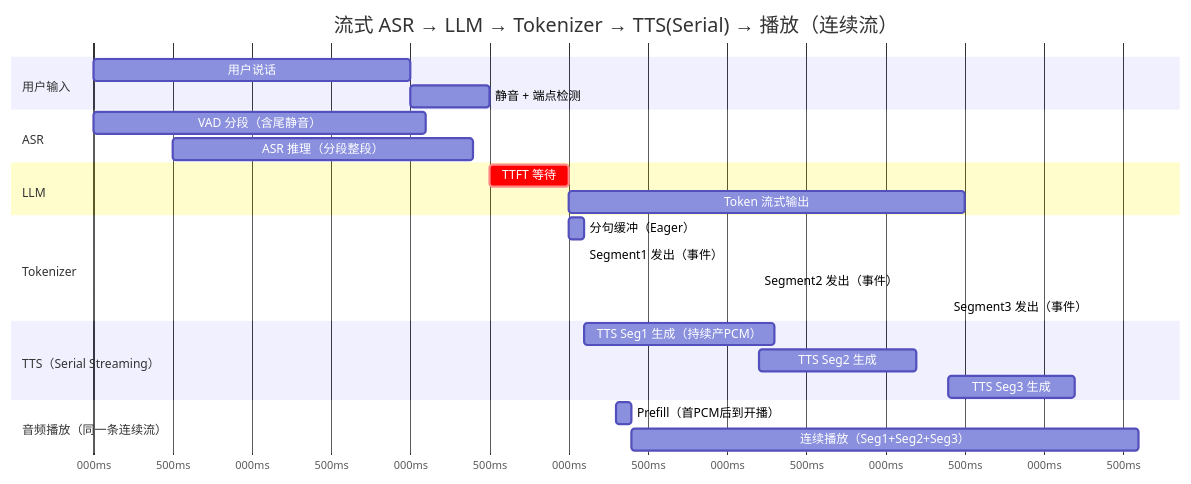
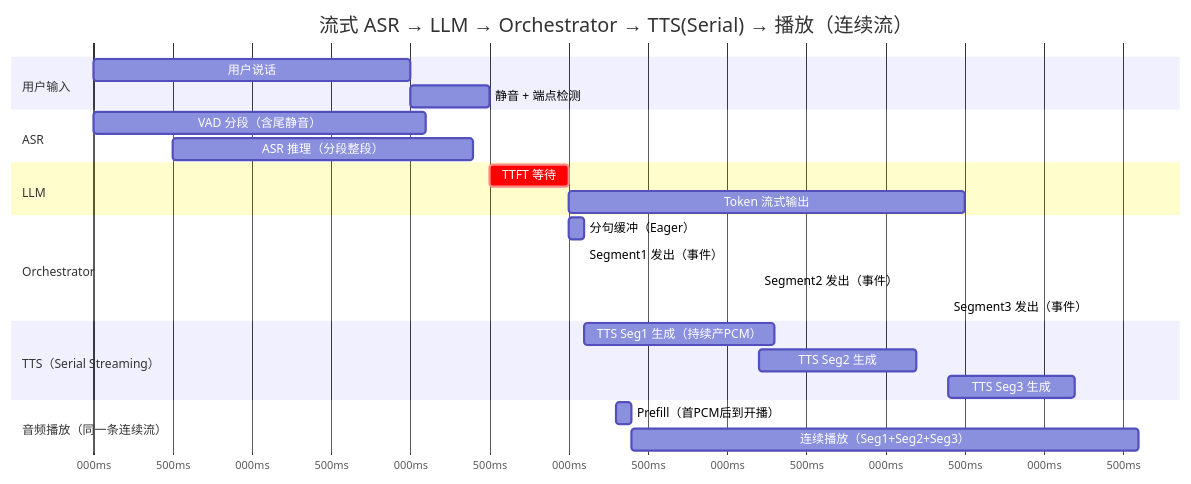
One commit to sanshanya/rcat-voice changed the diagram in README.md. Above: the diagram before and after it, drawn with Mermaid. The commit also changed other lines of this file and 19 other files, not shown here.

````diff
--- a/README.md
+++ b/README.md
@@ -23,33 +23,33 @@
 ```mermaid
 gantt
-    title 流式 ASR → LLM → Tokenizer → TTS(Serial) → 播放（连续流）
+    title 流式 ASR → LLM → Orchestrator → TTS(Serial) → 播放（连续流）
     dateFormat x
     axisFormat %Lms
 
     section 用户输入
     用户说话               :user, 0, 2000
     静音 + 端点检测         :silence, 2000, 2500
 
     section ASR
     VAD 分段（含尾静音）     :vad, 0, 2100
     ASR 推理（分段整段）     :asr, 500, 2400
 
     section LLM
     TTFT 等待               :crit, ttft, 2500, 3000
     Token 流式输出           :llm, 3000, 5500
 
-    section Tokenizer
+    section Orchestrator
     分句缓冲（Eager）        :tok, 3000, 3100
     Segment1 发出（事件）     :seg1, 3100, 3101
     Segment2 发出（事件）     :seg2, 4200, 4201
     Segment3 发出（事件）     :seg3, 5400, 5401
 
     section TTS（Serial Streaming）
     TTS Seg1 生成（持续产PCM）:tts1, 3100, 4300
     TTS Seg2 生成             :tts2, 4200, 5200
     TTS Seg3 生成             :tts3, 5400, 6200
 
     section 音频播放（同一条连续流）
     Prefill（首PCM后到开播）  :prefill, 3300, 3400
     连续播放（Seg1+Seg2+Seg3） :play, 3400, 6600
 ```
````
